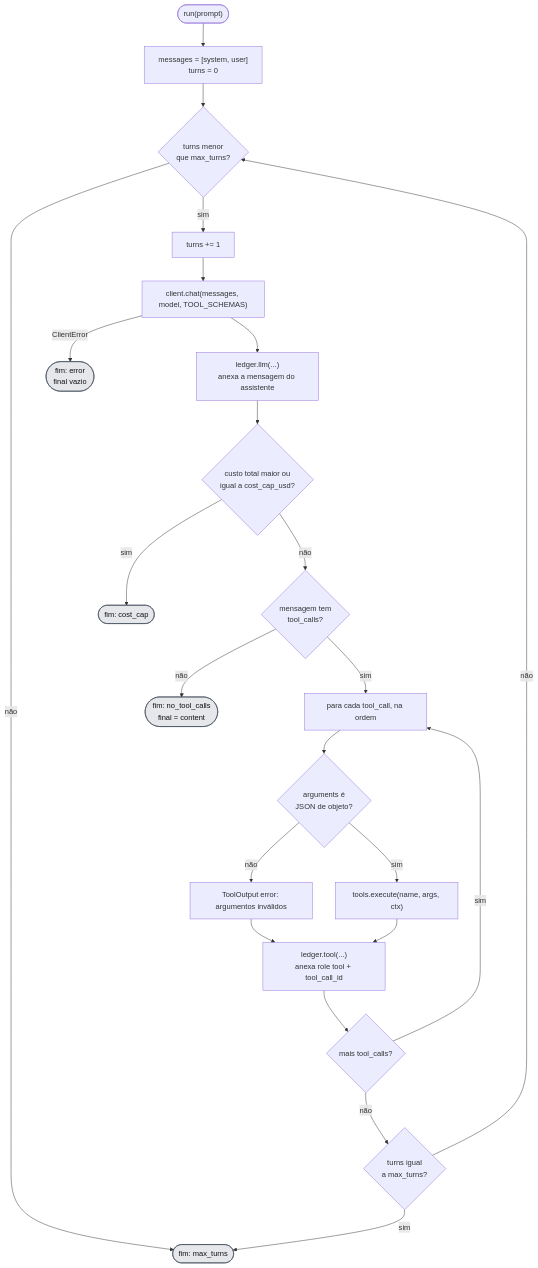
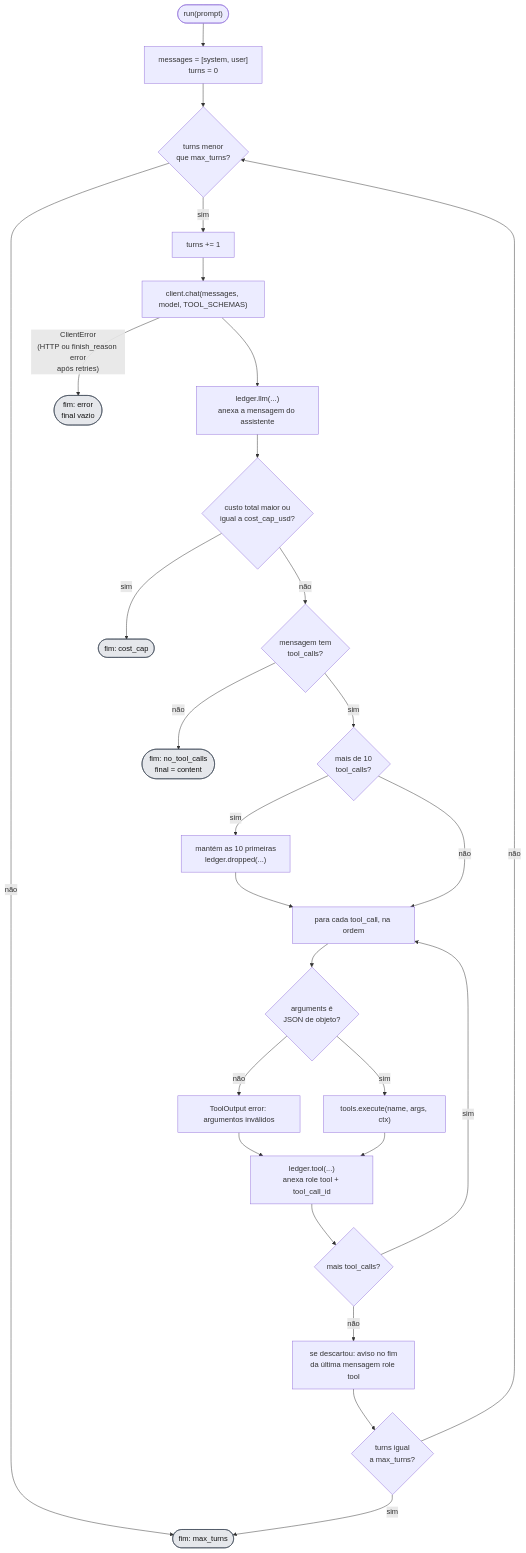
Before and after one commit to CristianonCarvalho/harness-p1-agente-minimo: the third of 4 diagrams in docs/arquitetura/02-fluxo-de-execucao.md, drawn with Mermaid. The commit also changed other lines of this file and 6 other files, not shown here.

````diff
--- a/docs/arquitetura/02-fluxo-de-execucao.md
+++ b/docs/arquitetura/02-fluxo-de-execucao.md
@@ -133,28 +135,32 @@
 ```mermaid
 flowchart TD
     start(["run(prompt)"]) --> init["messages = [system, user]<br/>turns = 0"]
     init --> check_turns{"turns menor<br/>que max_turns?"}
     check_turns -->|não| stop_max(["fim: max_turns"])
     check_turns -->|sim| inc["turns += 1"]
     inc --> chatcall["client.chat(messages, model, TOOL_SCHEMAS)"]
-    chatcall -->|ClientError| stop_err(["fim: error<br/>final vazio"])
+    chatcall -->|"ClientError<br/>(HTTP ou finish_reason error<br/>após retries)"| stop_err(["fim: error<br/>final vazio"])
     chatcall --> log["ledger.llm(...)<br/>anexa a mensagem do assistente"]
     log --> cap{"custo total maior ou<br/>igual a cost_cap_usd?"}
     cap -->|sim| stop_cap(["fim: cost_cap"])
     cap -->|não| has_tc{"mensagem tem<br/>tool_calls?"}
     has_tc -->|não| stop_ok(["fim: no_tool_calls<br/>final = content"])
-    has_tc -->|sim| each["para cada tool_call, na ordem"]
+    has_tc -->|sim| limit{"mais de 10<br/>tool_calls?"}
+    limit -->|sim| drop["mantém as 10 primeiras<br/>ledger.dropped(...)"]
+    limit -->|não| each["para cada tool_call, na ordem"]
+    drop --> each
     each --> parse{"arguments é<br/>JSON de objeto?"}
     parse -->|não| bad["ToolOutput error: argumentos inválidos"]
     parse -->|sim| exec["tools.execute(name, args, ctx)"]
     bad --> append
     exec --> append["ledger.tool(...)<br/>anexa role tool + tool_call_id"]
     append --> more{"mais tool_calls?"}
     more -->|sim| each
-    more -->|não| last{"turns igual<br/>a max_turns?"}
+    more -->|não| warn["se descartou: aviso no fim<br/>da última mensagem role tool"]
+    warn --> last{"turns igual<br/>a max_turns?"}
     last -->|sim| stop_max
     last -->|não| check_turns
 
     classDef fim fill:#e5e7eb,stroke:#374151,color:#111
     class stop_max,stop_err,stop_cap,stop_ok fim
 ```
````
